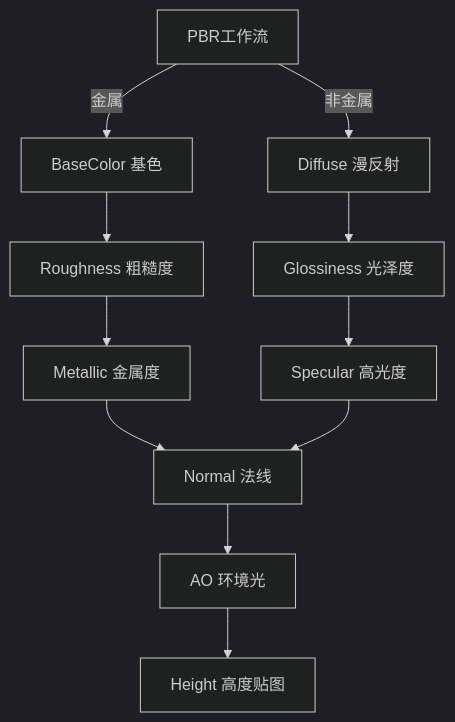
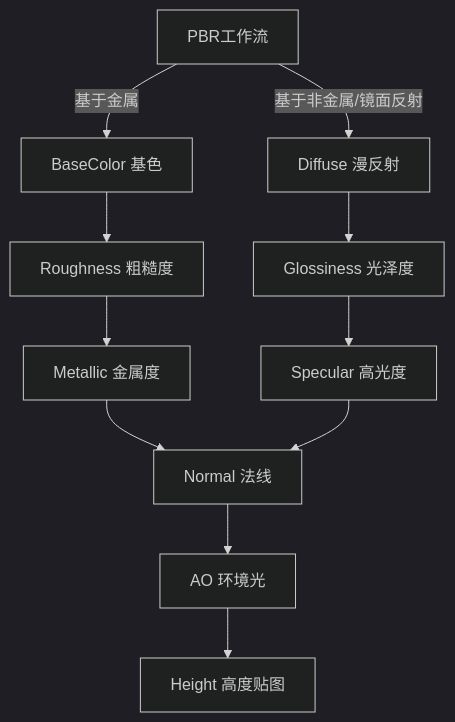
The diagram in Unreal5/UE5材质.md (u9king/LeNote), drawn with Mermaid (dark theme) before and after one commit. The commit also changed other lines of this file, not shown here.

````diff
--- a/Unreal5/UE5材质.md
+++ b/Unreal5/UE5材质.md
@@ -229,16 +223,16 @@
 ```mermaid
 flowchart TB
-	PBR[PBR工作流] --> |金属|BC[BaseColor 基色]
-	PBR --> |非金属|D[Diffuse 漫反射]
+	PBR[PBR工作流] --> |基于金属|BC[BaseColor 基色]
+	PBR --> |基于非金属/镜面反射|D[Diffuse 漫反射]
 
     BC --> R[Roughness 粗糙度]
     R --> M[Metallic 金属度] 
     M --> N[Normal 法线]
 
     D --> G[Glossiness 光泽度]
     G --> S[Specular 高光度]
     S --> N
 
     N --> AO[AO 环境光]
     AO --> H[Height 高度贴图]
 ```
````
